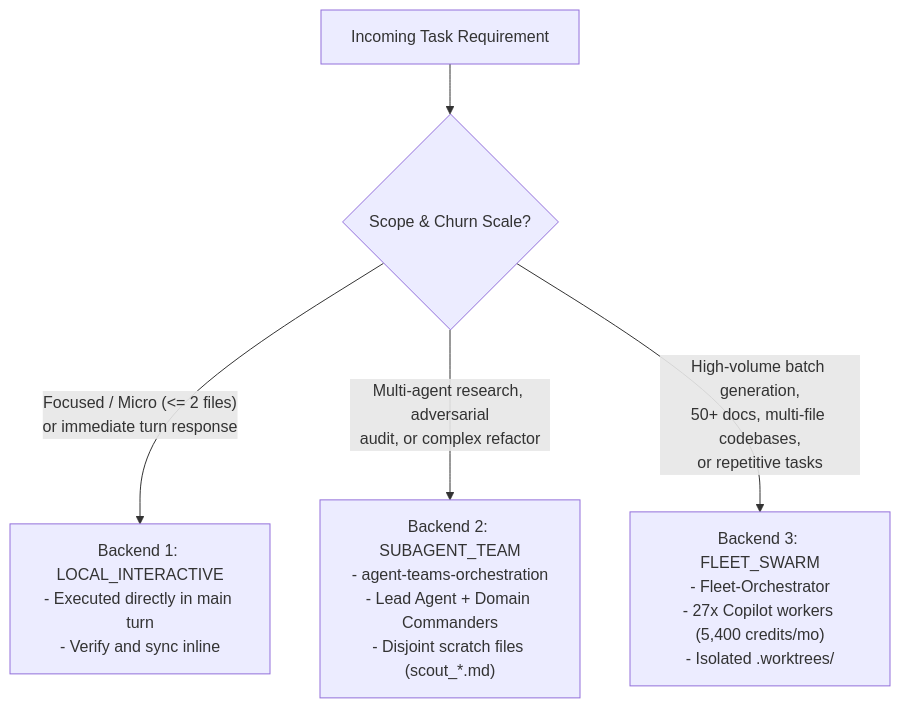
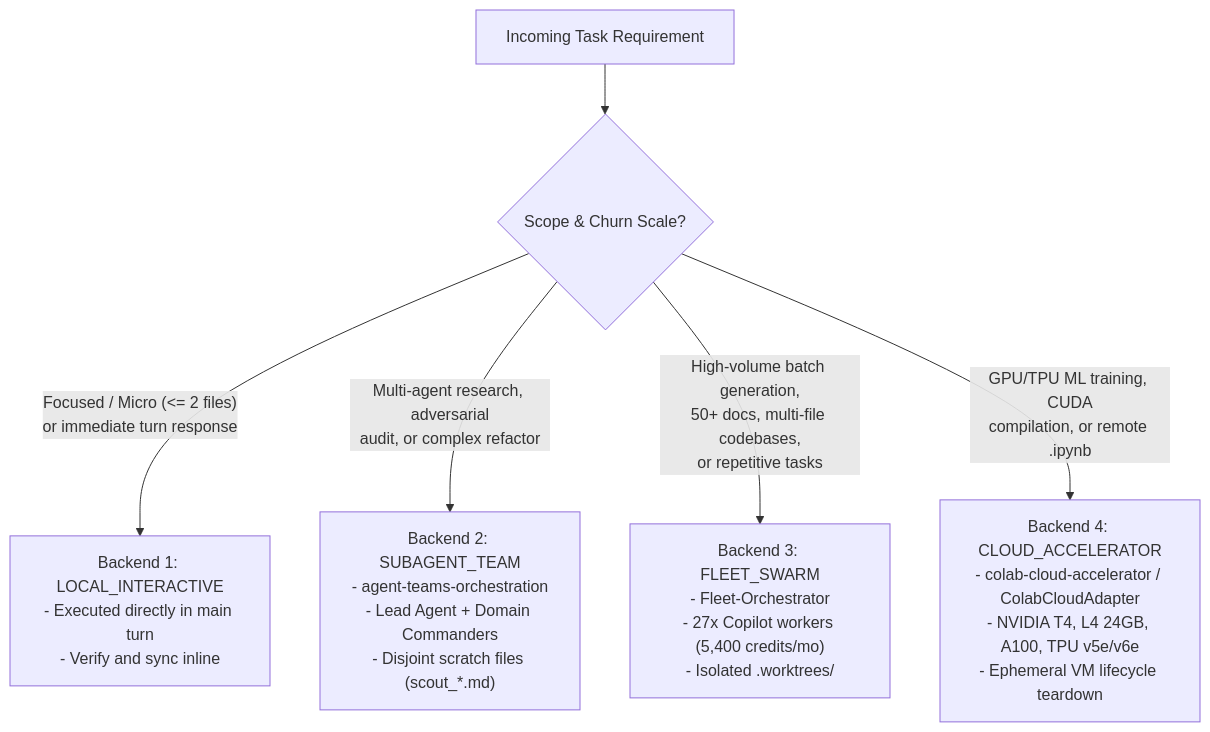
One commit to Aaradhya-Dev-Tamrakar/brainstorm changed the diagram in tools/skills/adaptive-workflow/references/skill-matrix.md. Above: the diagram before and after it, drawn with Mermaid. The commit also changed other lines of this file and 17 other files, not shown here.

Commit message:
feat(adaptive): integrate Colab cloud compute accelerator, multi-provider adapter mesh, and pipeline 7

````diff
--- a/tools/skills/adaptive-workflow/references/skill-matrix.md
+++ b/tools/skills/adaptive-workflow/references/skill-matrix.md
@@ -43,10 +44,12 @@
 ```mermaid
 flowchart TD
     Task["Incoming Task Requirement"] --> Scale{"Scope & Churn Scale?"}
     
     Scale -- "Focused / Micro (<= 2 files)\nor immediate turn response" --> B1["Backend 1: LOCAL_INTERACTIVE\n- Executed directly in main turn\n- Verify and sync inline"]
     
     Scale -- "Multi-agent research, adversarial\naudit, or complex refactor" --> B2["Backend 2: SUBAGENT_TEAM\n- agent-teams-orchestration\n- Lead Agent + Domain Commanders\n- Disjoint scratch files (scout_*.md)"]
     
     Scale -- "High-volume batch generation,\n50+ docs, multi-file codebases,\nor repetitive tasks" --> B3["Backend 3: FLEET_SWARM\n- Fleet-Orchestrator\n- 27x Copilot workers (5,400 credits/mo)\n- Isolated .worktrees/<task_id>"]
+    
+    Scale -- "GPU/TPU ML training, CUDA\ncompilation, or remote .ipynb" --> B4["Backend 4: CLOUD_ACCELERATOR\n- colab-cloud-accelerator / ColabCloudAdapter\n- NVIDIA T4, L4 24GB, A100, TPU v5e/v6e\n- Ephemeral VM lifecycle teardown"]
 ```
````
